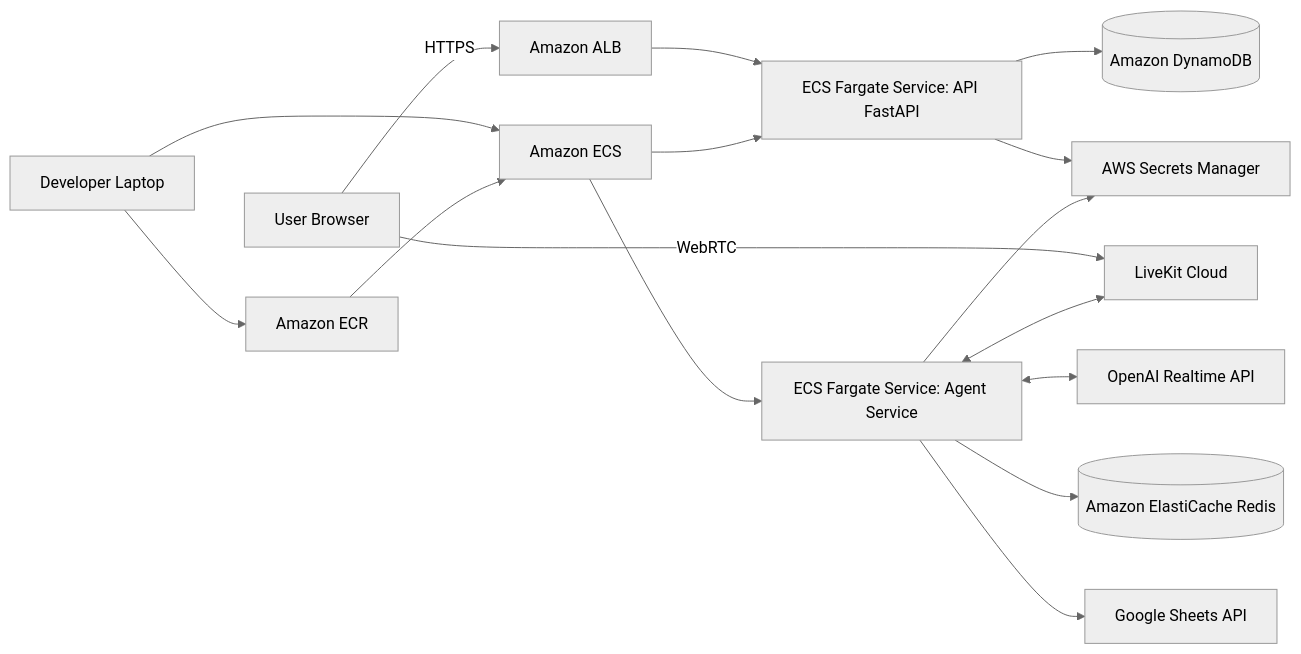
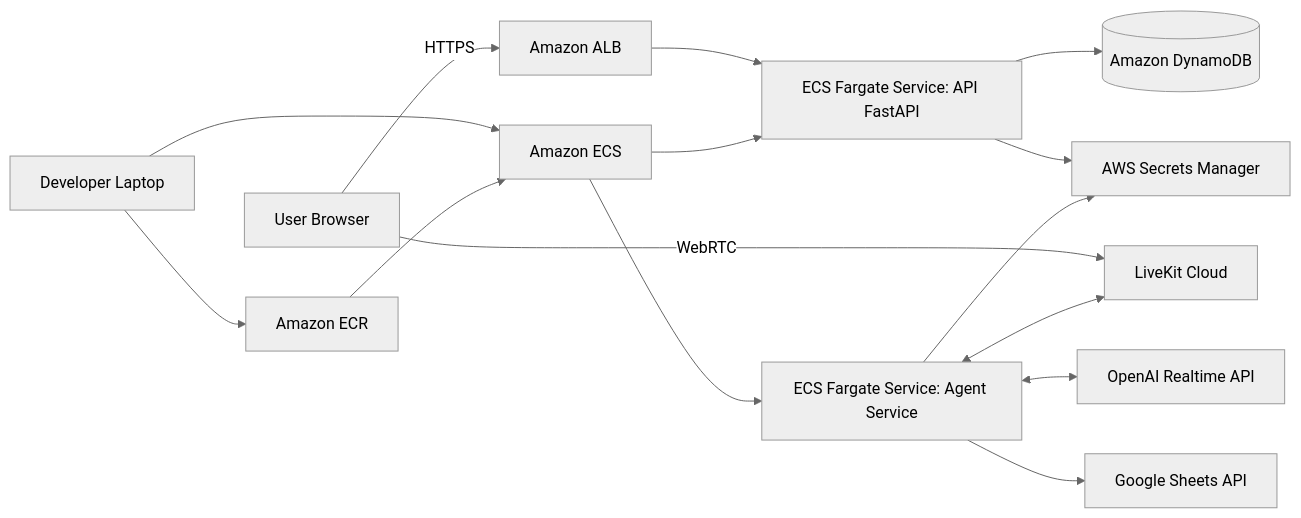
One commit to guusbosman/guus-voice-agent changed the diagram in docs/architecture.md. Above: the diagram before and after it, drawn with Mermaid (neutral theme). The commit also changed other lines of this file and 2 other files, not shown here.

Commit message:
Remove Redis from architecture and backend docs

````diff
--- a/docs/architecture.md
+++ b/docs/architecture.md
@@ -116,19 +115,18 @@
 ```mermaid
 flowchart LR
     U[User Browser] -->|HTTPS| ALB[Amazon ALB]
     ALB --> API[ECS Fargate Service: API FastAPI]
     U -->|WebRTC| LK[LiveKit Cloud]
     AG[ECS Fargate Service: Agent Service]
     AG <--> LK
     AG <--> OAI[OpenAI Realtime API]
     API --> DDB[(Amazon DynamoDB)]
     API --> SM[AWS Secrets Manager]
     AG --> SM
-    AG --> REDIS[(Amazon ElastiCache Redis)]
     AG --> GS[Google Sheets API]
     DEV[Developer Laptop] --> ECR[Amazon ECR]
     DEV --> ECS[Amazon ECS]
     ECR --> ECS
     ECS --> API
     ECS --> AG
 ```
````
